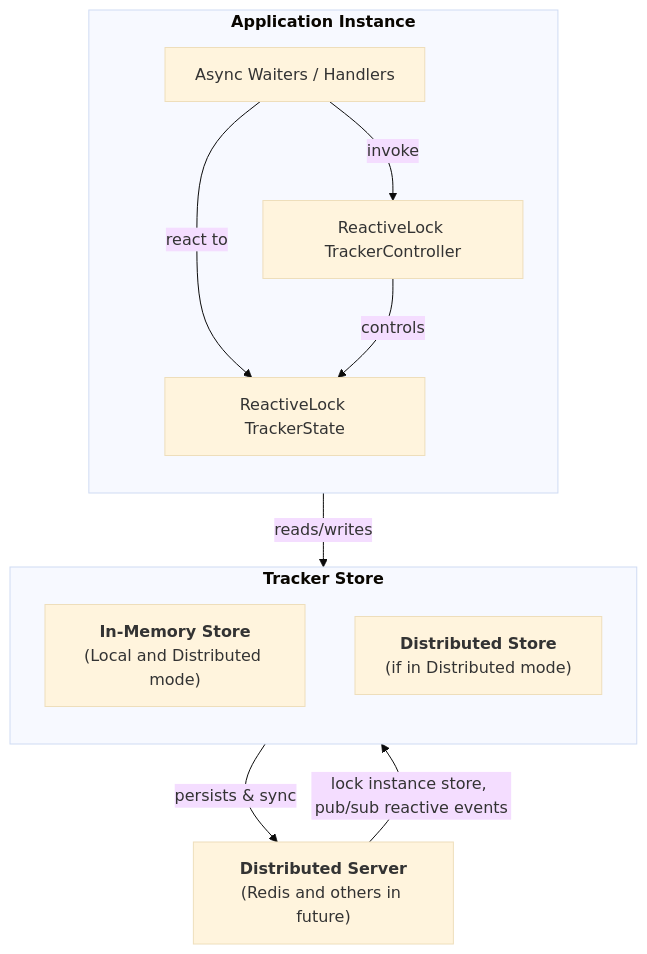
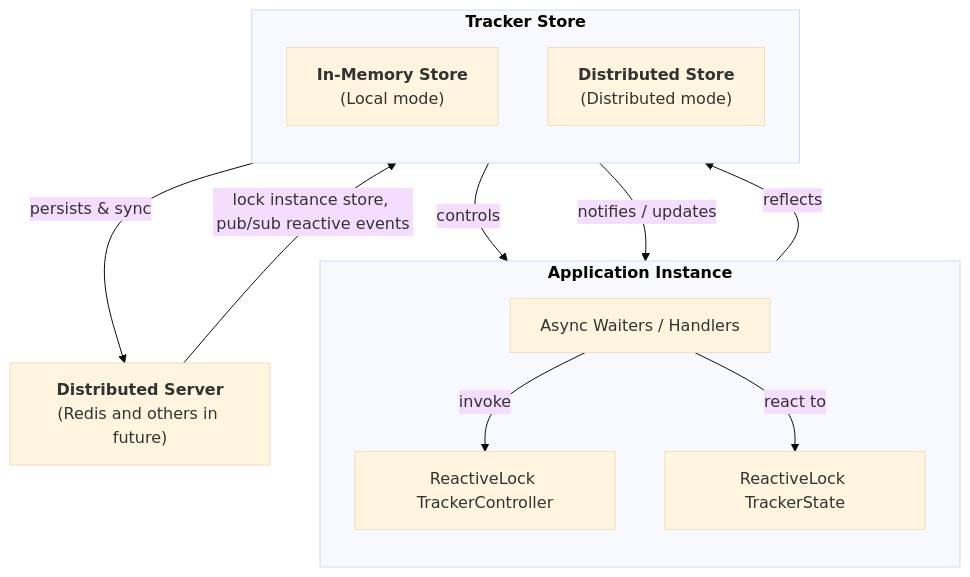
The diagram in README.md (micheloliveira-com/ReactiveLock), drawn with Mermaid (base theme) before and after one commit.

Commit message:
feature: improve readme diagram

````diff
--- a/README.md
+++ b/README.md
@@ -79,25 +79,26 @@
 ```mermaid
 flowchart TB
   subgraph Application["<b>Application Instance</b>"]
     direction TB
     TrackerController[ReactiveLock TrackerController]
     TrackerState[ReactiveLock TrackerState]
     AsyncWaiters[Async Waiters / Handlers]
   end
 
   subgraph TrackerStore["<b>Tracker Store</b>"]
     direction TB
-    InMemory["<b>In-Memory Store</b><br/>(Local and Distributed mode)"]
-    RedisStore["<b>Distributed Store</b><br/>(if in Distributed mode)"]
+    InMemory["<b>In-Memory Store</b><br/>(Local mode)"]
+    RedisStore["<b>Distributed Store</b><br/>(Distributed mode)"]
   end
 
   RedisServer["<b>Distributed Server</b><br/>(Redis and others in future)"]
 
   AsyncWaiters -->|react to| TrackerState
   AsyncWaiters -->|invoke| TrackerController
-  TrackerController -->|controls| TrackerState
-  TrackerState -->|reads/writes| TrackerStore
+  InMemory -->|controls| TrackerState
+  TrackerController -->|reflects| TrackerStore
   TrackerStore -->|persists & sync| RedisServer
   RedisServer -->|lock instance store, pub/sub reactive events| RedisStore
+  RedisStore -->|notifies / updates| TrackerState
 
 ```
````
